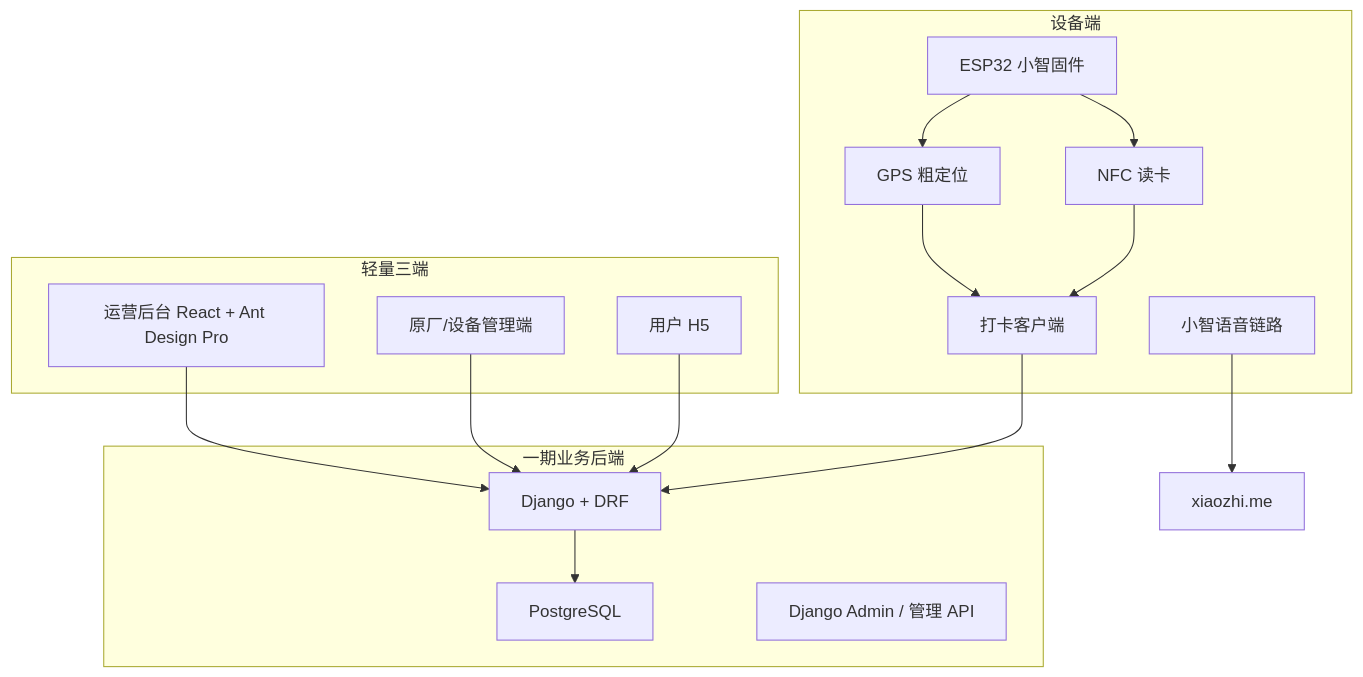
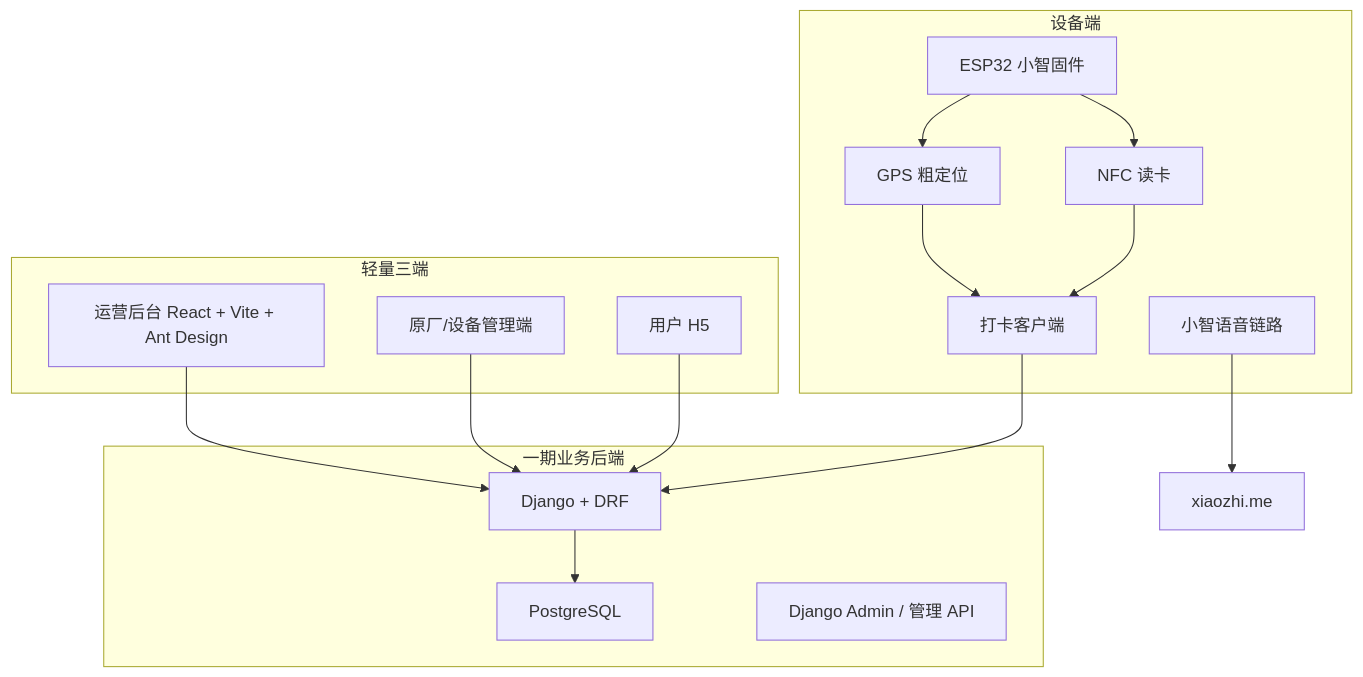
One commit to zienenen/xiaozhi-esp32 changed the second of 5 diagrams in docs/blindbox_project/engineering_overview.md. Above: the diagram before and after it, drawn with Mermaid. The commit also changed other lines of this file and 11 other files, not shown here.

````diff
--- a/docs/blindbox_project/engineering_overview.md
+++ b/docs/blindbox_project/engineering_overview.md
@@ -99,35 +99,35 @@
 ```mermaid
 flowchart TD
   subgraph Device["设备端"]
     Firmware["ESP32 小智固件"]
     GPS["GPS 粗定位"]
     NFC["NFC 读卡"]
     CheckinClient["打卡客户端"]
     Voice["小智语音链路"]
   end
 
   subgraph Backend["一期业务后端"]
     API["Django + DRF"]
     DB["PostgreSQL"]
     Admin["Django Admin / 管理 API"]
   end
 
   subgraph Frontend["轻量三端"]
-    OpsWeb["运营后台 React + Ant Design Pro"]
+    OpsWeb["运营后台 React + Vite + Ant Design"]
     FactoryWeb["原厂/设备管理端"]
     UserH5["用户 H5"]
   end
 
   Official["xiaozhi.me"]
 
   Firmware --> GPS
   Firmware --> NFC
   GPS --> CheckinClient
   NFC --> CheckinClient
   CheckinClient --> API
   API --> DB
   OpsWeb --> API
   FactoryWeb --> API
   UserH5 --> API
   Voice --> Official
 ```
````
